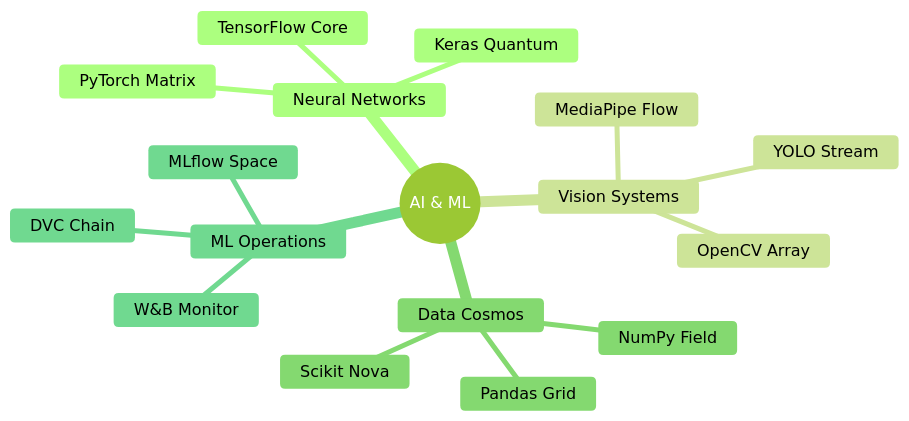
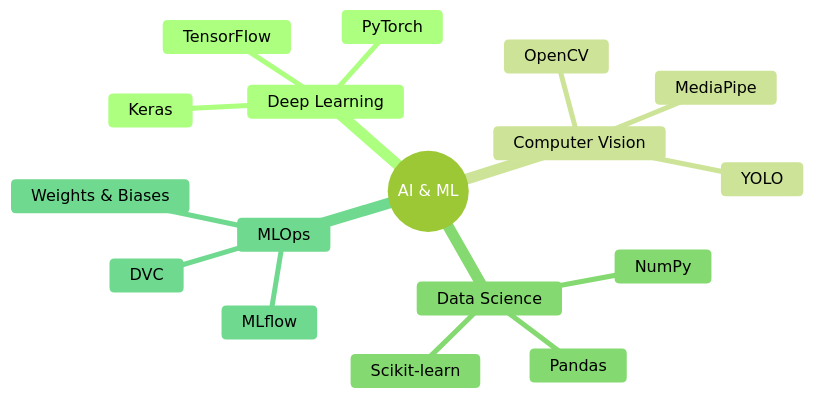
The second of 3 diagrams in README.md (KhamessiTaha/KhamessiTaha), drawn with Mermaid (forest theme) before and after one commit. The commit also changed other lines of this file, not shown here.

````diff
--- a/README.md
+++ b/README.md
@@ -116,20 +116,20 @@
 ```mermaid
 mindmap
   root((AI & ML))
-    Neural Networks
-      TensorFlow Core
-      PyTorch Matrix
-      Keras Quantum
-    Vision Systems
-      OpenCV Array
-      MediaPipe Flow
-      YOLO Stream
-    Data Cosmos
-      Pandas Grid
-      NumPy Field
-      Scikit Nova
-    ML Operations
-      MLflow Space
-      DVC Chain
-      W&B Monitor
+    Deep Learning
+      TensorFlow
+      PyTorch
+      Keras
+    Computer Vision
+      OpenCV
+      MediaPipe
+      YOLO
+    Data Science
+      Pandas
+      NumPy
+      Scikit-learn
+    MLOps
+      MLflow
+      DVC
+      Weights & Biases
 ```
````
